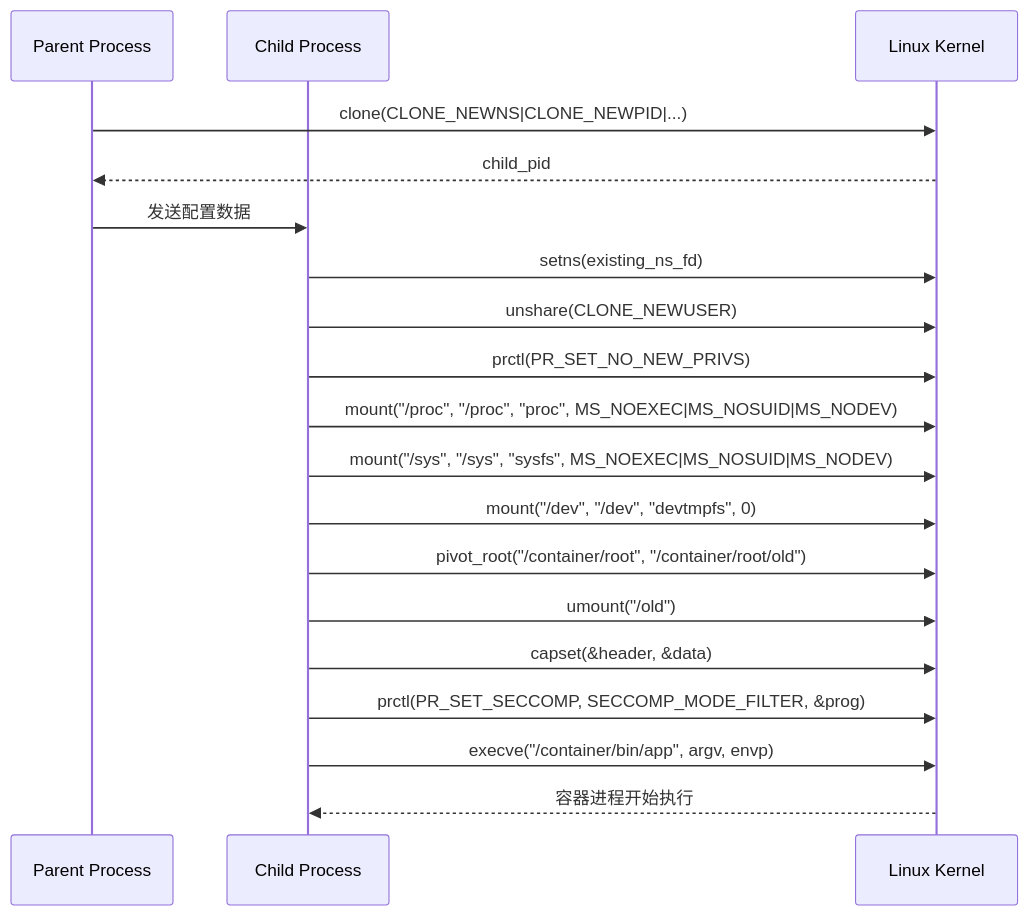
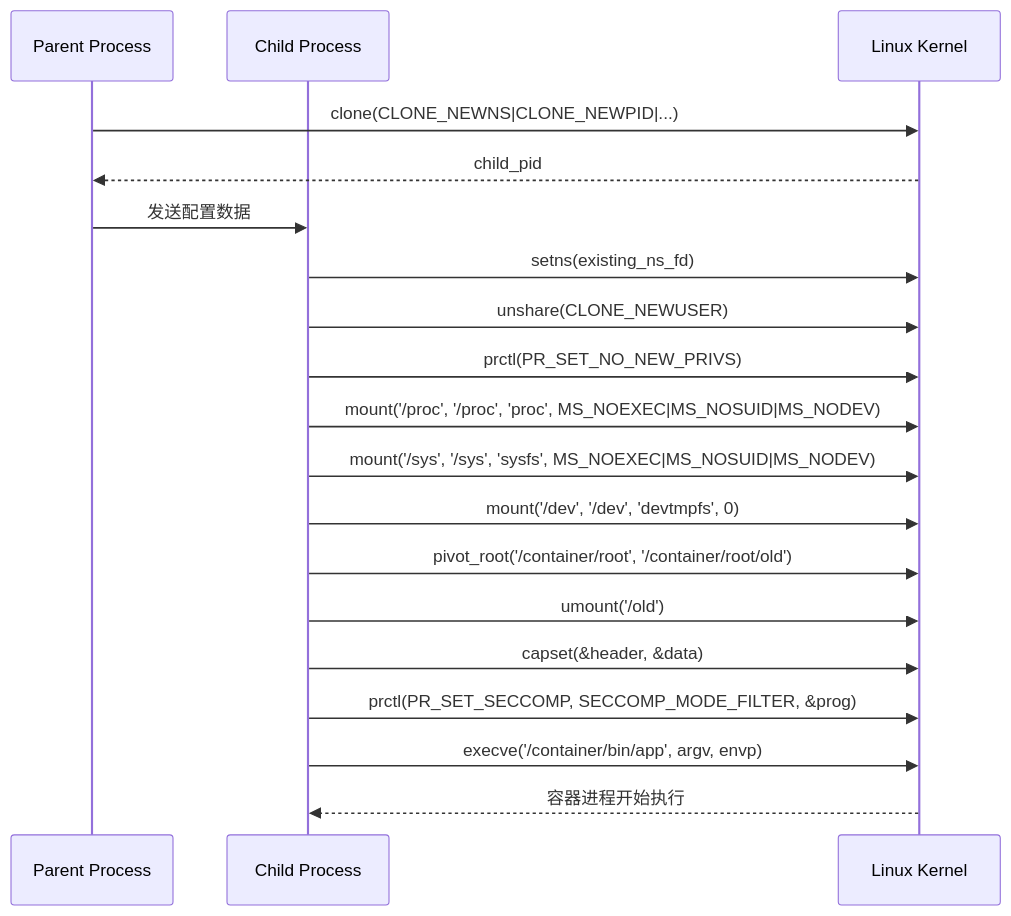
The eighth of 12 diagrams in src/blogs/cloud-base/runc-container-lifecycle-diagrams.md (12306hujunjie/blog), drawn with Mermaid before and after one commit. The commit also changed other lines of this file and 8 other files, not shown here.

First line of the commit message:
feat: 实现 Mermaid 图表渲染功能

````diff
--- a/src/blogs/cloud-base/runc-container-lifecycle-diagrams.md
+++ b/src/blogs/cloud-base/runc-container-lifecycle-diagrams.md
@@ -334,27 +334,27 @@
 ```mermaid
 sequenceDiagram
     participant P as Parent Process
     participant C as Child Process
     participant K as Linux Kernel
     
     P->>K: clone(CLONE_NEWNS|CLONE_NEWPID|...)
     K-->>P: child_pid
     
     P->>C: 发送配置数据
     C->>K: setns(existing_ns_fd)
     C->>K: unshare(CLONE_NEWUSER)
     C->>K: prctl(PR_SET_NO_NEW_PRIVS)
     
-    C->>K: mount("/proc", "/proc", "proc", MS_NOEXEC|MS_NOSUID|MS_NODEV)
-    C->>K: mount("/sys", "/sys", "sysfs", MS_NOEXEC|MS_NOSUID|MS_NODEV)
-    C->>K: mount("/dev", "/dev", "devtmpfs", 0)
+    C->>K: mount('/proc', '/proc', 'proc', MS_NOEXEC|MS_NOSUID|MS_NODEV)
+    C->>K: mount('/sys', '/sys', 'sysfs', MS_NOEXEC|MS_NOSUID|MS_NODEV)
+    C->>K: mount('/dev', '/dev', 'devtmpfs', 0)
     
-    C->>K: pivot_root("/container/root", "/container/root/old")
-    C->>K: umount("/old")
+    C->>K: pivot_root('/container/root', '/container/root/old')
+    C->>K: umount('/old')
     
     C->>K: capset(&header, &data)
     C->>K: prctl(PR_SET_SECCOMP, SECCOMP_MODE_FILTER, &prog)
     
-    C->>K: execve("/container/bin/app", argv, envp)
+    C->>K: execve('/container/bin/app', argv, envp)
     K-->>C: 容器进程开始执行
 ```
````
